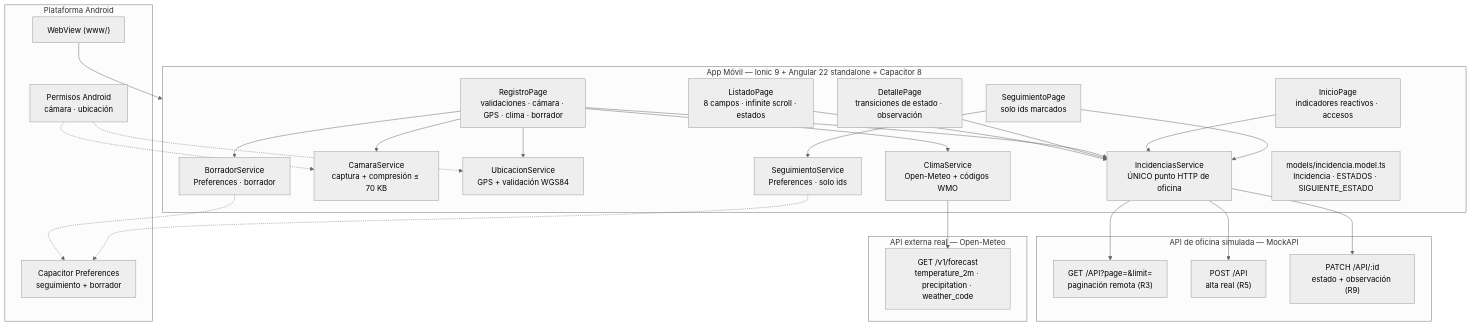
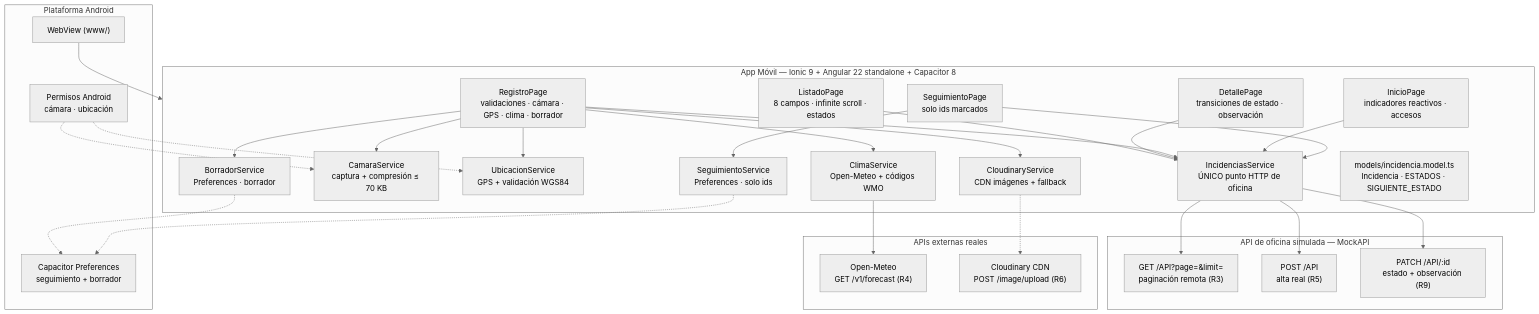
One commit to JimSul16/IniMoviles2026B changed the diagram in README.md. Above: the diagram before and after it, drawn with Mermaid (neutral theme). The commit also changed other lines of this file and 6 other files, not shown here.

Commit message:
feat(cloudinary): integrar subida externa de fotos a Cloudinary con respaldo en base64

````diff
--- a/README.md
+++ b/README.md
@@ -63,53 +63,57 @@
 ```mermaid
 graph TD
     subgraph App ["App Móvil — Ionic 9 + Angular 22 standalone + Capacitor 8"]
         Inicio["InicioPage<br/>indicadores reactivos · accesos"]
         Listado["ListadoPage<br/>8 campos · infinite scroll · estados"]
         Detalle["DetallePage<br/>transiciones de estado · observación"]
         Registro["RegistroPage<br/>validaciones · cámara · GPS · clima · borrador"]
         Seg["SeguimientoPage<br/>solo ids marcados"]
         IncSvc["IncidenciasService<br/>ÚNICO punto HTTP de oficina"]
         CamSvc["CamaraService<br/>captura + compresión ≤ 70 KB"]
         UbicSvc["UbicacionService<br/>GPS + validación WGS84"]
         ClimaSvc["ClimaService<br/>Open-Meteo + códigos WMO"]
         SegSvc["SeguimientoService<br/>Preferences · solo ids"]
         BorrSvc["BorradorService<br/>Preferences · borrador"]
+        CloudSvc["CloudinaryService<br/>CDN imágenes + fallback"]
         Model["models/incidencia.model.ts<br/>Incidencia · ESTADOS · SIGUIENTE_ESTADO"]
     end
 
     subgraph API ["API de oficina simulada — MockAPI"]
         Lista["GET /API?page=&limit=<br/>paginación remota (R3)"]
         Alta["POST /API<br/>alta real (R5)"]
         Patch["PATCH /API/:id<br/>estado + observación (R9)"]
     end
 
-    subgraph Ext ["API externa real — Open-Meteo"]
-        Clim["GET /v1/forecast<br/>temperature_2m · precipitation · weather_code"]
+    subgraph Ext ["APIs externas reales"]
+        Clim["Open-Meteo<br/>GET /v1/forecast (R4)"]
+        Cloud["Cloudinary CDN<br/>POST /image/upload (R6)"]
     end
 
     subgraph Movil ["Plataforma Android"]
         Webview["WebView (www/)"]
         Prefs["Capacitor Preferences<br/>seguimiento + borrador"]
         Perm["Permisos Android<br/>cámara · ubicación"]
     end
 
     Listado --> IncSvc
     Detalle --> IncSvc
     Registro --> IncSvc
     Inicio --> IncSvc
     Seg --> IncSvc
     Seg --> SegSvc
     Registro --> CamSvc
     Registro --> UbicSvc
     Registro --> ClimaSvc
+    Registro --> CloudSvc
     Registro --> BorrSvc
     IncSvc --> Lista
     IncSvc --> Alta
     IncSvc --> Patch
     ClimaSvc --> Clim
+    CloudSvc -.-> Cloud
     BorrSvc -.-> Prefs
     SegSvc -.-> Prefs
     Perm -.-> CamSvc
     Perm -.-> UbicSvc
     Webview --> App
 ```
````
